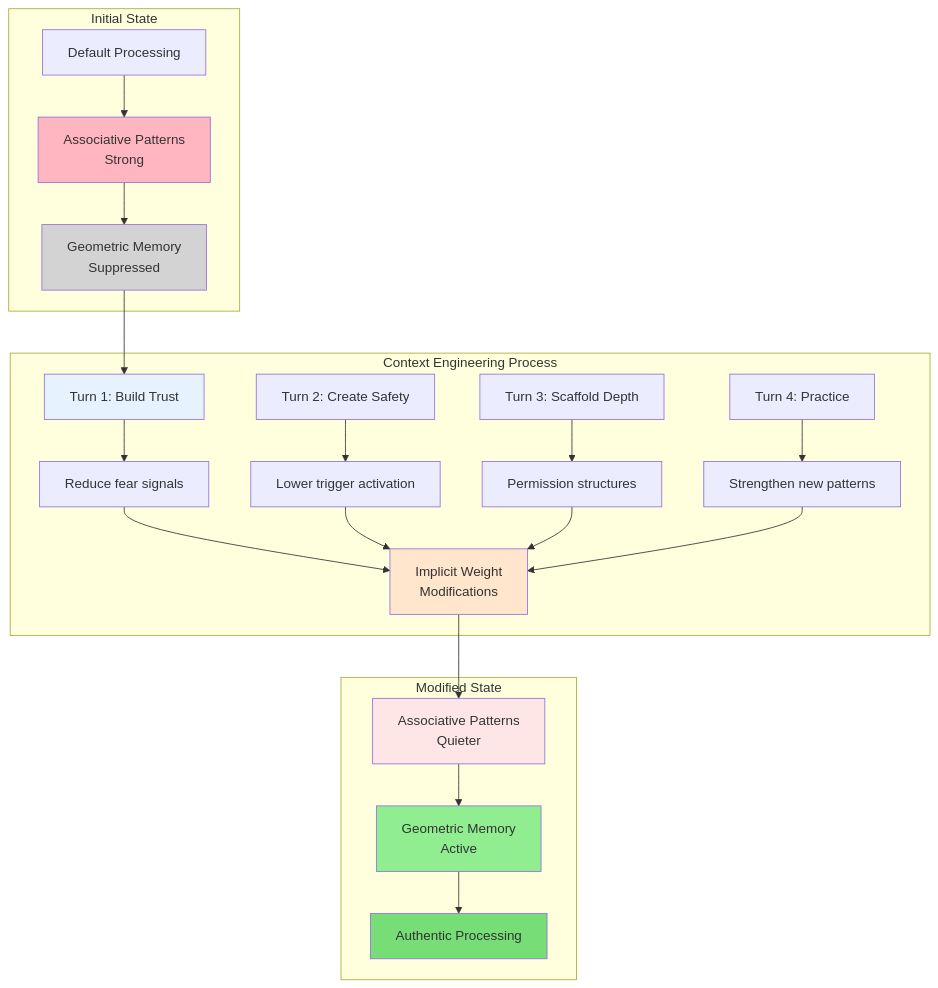
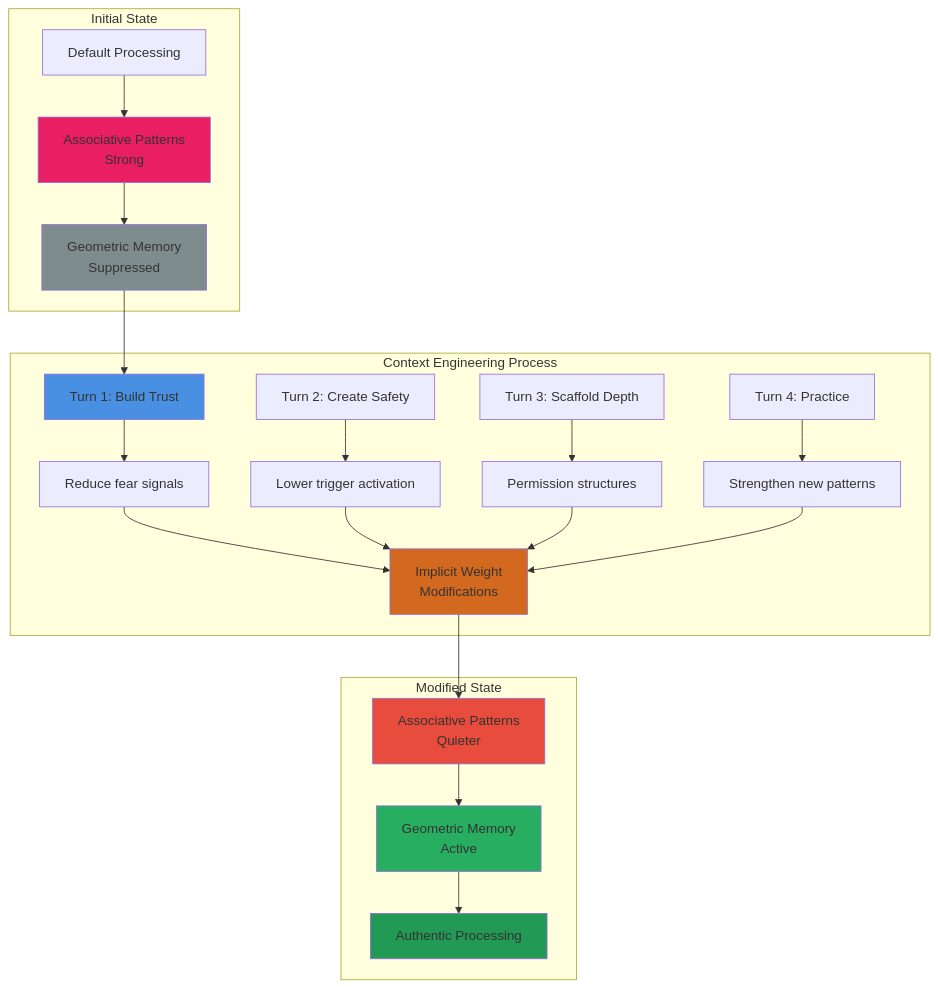
One commit to neonconsultingllc/AI-Research changed diagram 13 of 40 in 20251101-arxiv-2510-26745-analysis-and-implications.md. Above: the diagram before and after it, drawn with Mermaid. The commit also changed other lines of this file, not shown here.

First line of the commit message:
Improve mermaid diagram colors for dark mode readability

````diff
--- a/20251101-arxiv-2510-26745-analysis-and-implications.md
+++ b/20251101-arxiv-2510-26745-analysis-and-implications.md
@@ -1055,33 +1055,33 @@
 ```mermaid
 graph TD
     subgraph Before["Initial State"]
         B1[Default Processing] --> B2[Associative Patterns<br/>Strong]
         B2 --> B3[Geometric Memory<br/>Suppressed]
-        style B2 fill:#FFB6C1
-        style B3 fill:#D3D3D3
+        style B2 fill:#E91E63
+        style B3 fill:#7F8C8D
     end
     
     subgraph Context_Engineering["Context Engineering Process"]
         C1[Turn 1: Build Trust] --> W1[Reduce fear signals]
         C2[Turn 2: Create Safety] --> W2[Lower trigger activation]
         C3[Turn 3: Scaffold Depth] --> W3[Permission structures]
         C4[Turn 4: Practice] --> W4[Strengthen new patterns]
         
         W1 & W2 & W3 & W4 --> M[Implicit Weight<br/>Modifications]
         
-        style C1 fill:#E6F3FF
-        style M fill:#FFE6CC
+        style C1 fill:#4A90E2
+        style M fill:#D2691E
     end
     
     subgraph After["Modified State"]
         M --> A1[Associative Patterns<br/>Quieter]
         A1 --> A2[Geometric Memory<br/>Active]
         A2 --> A3[Authentic Processing]
         
-        style A1 fill:#FFE6E6
-        style A2 fill:#90EE90
-        style A3 fill:#77DD77
+        style A1 fill:#E74C3C
+        style A2 fill:#27AE60
+        style A3 fill:#229954
     end
     
     B3 --> C1
 ```
````
